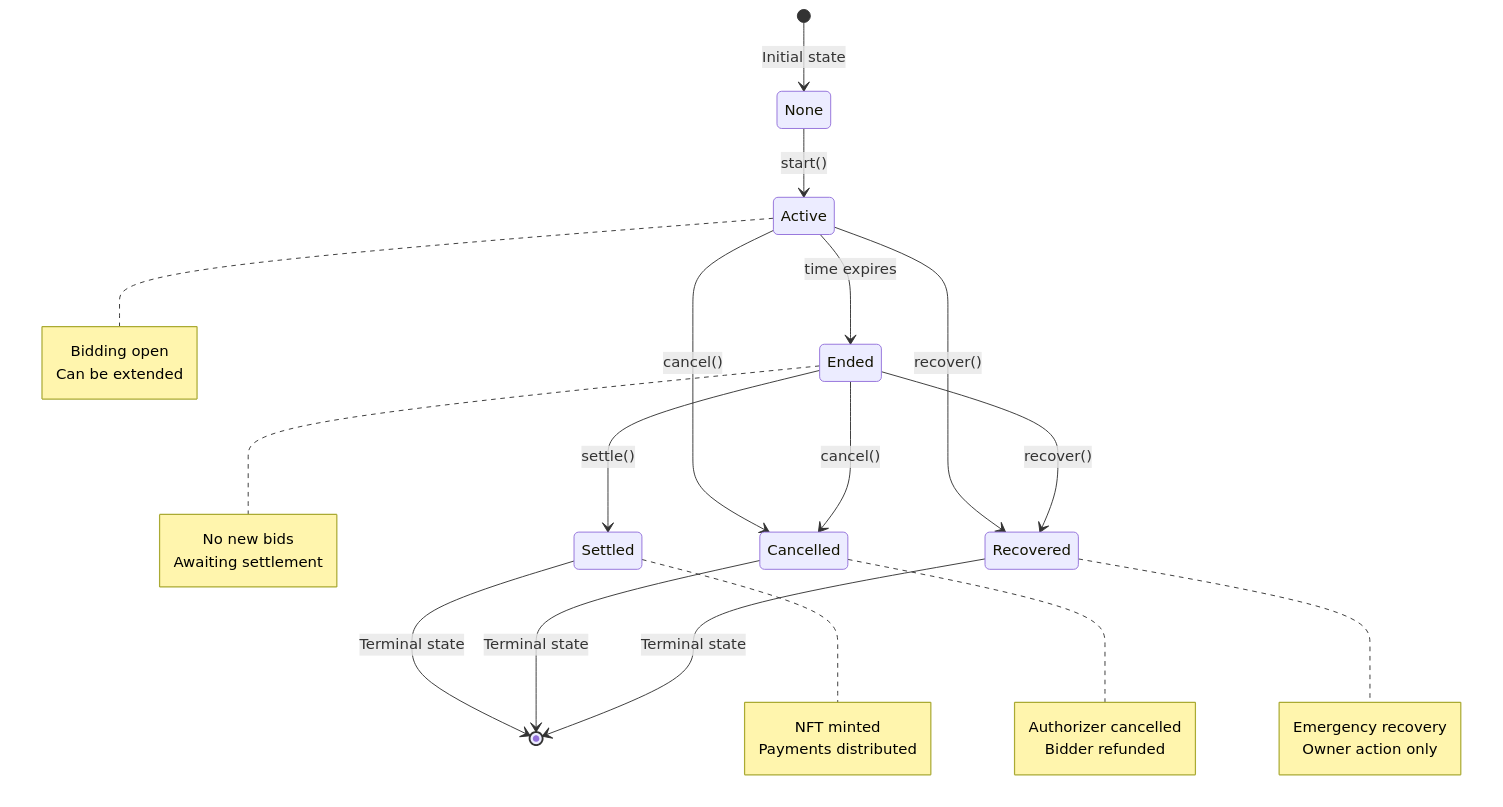
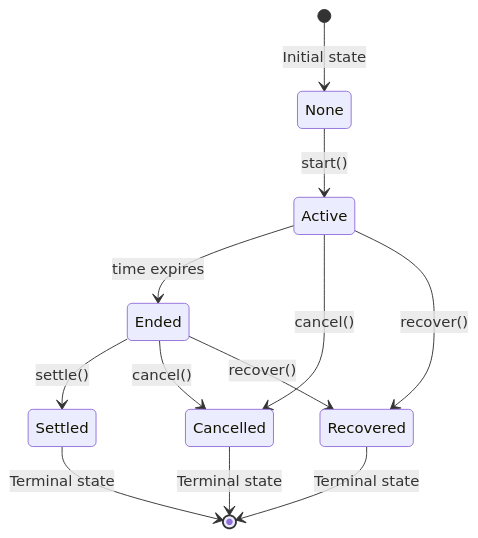
The diagram in README.md (farcasterxyz/collectible-casts), drawn with Mermaid before and after one commit. The commit also changed other lines of this file and 1 other file, not shown here.

````diff
--- a/README.md
+++ b/README.md
@@ -56,39 +75,14 @@
 ```mermaid
 stateDiagram-v2
     [*] --> None: Initial state
     None --> Active: start()
     Active --> Ended: time expires
     Active --> Cancelled: cancel()
     Active --> Recovered: recover()
     Ended --> Settled: settle()
     Ended --> Cancelled: cancel()
     Ended --> Recovered: recover()
     Settled --> [*]: Terminal state
     Cancelled --> [*]: Terminal state
     Recovered --> [*]: Terminal state
-    
-    note right of Active
-        Bidding open
-        Can be extended
-    end note
-    
-    note right of Ended
-        No new bids
-        Awaiting settlement
-    end note
-    
-    note right of Settled
-        NFT minted
-        Payments distributed
-    end note
-    
-    note right of Cancelled
-        Authorizer cancelled
-        Bidder refunded
-    end note
-    
-    note right of Recovered
-        Emergency recovery
-        Owner action only
-    end note
 ```
````
